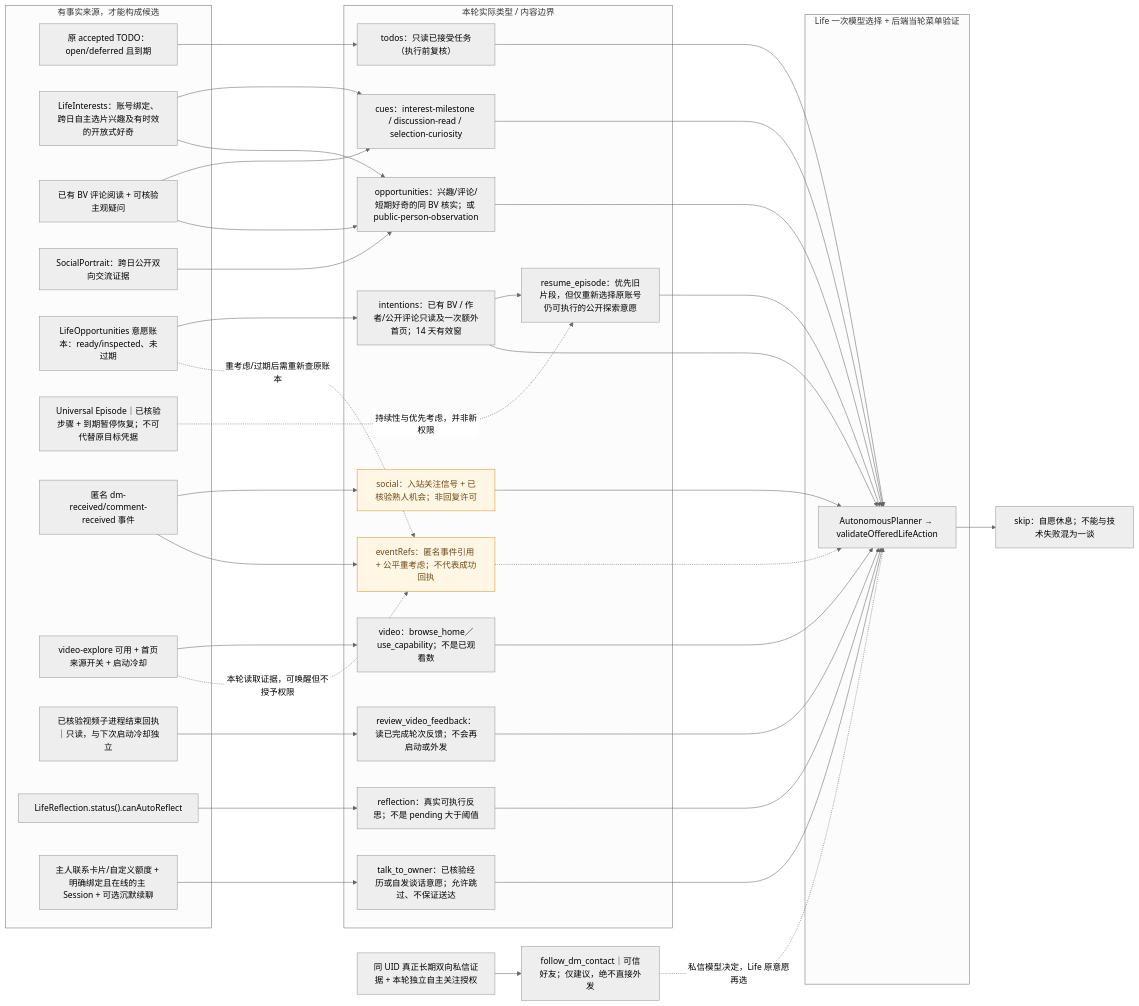
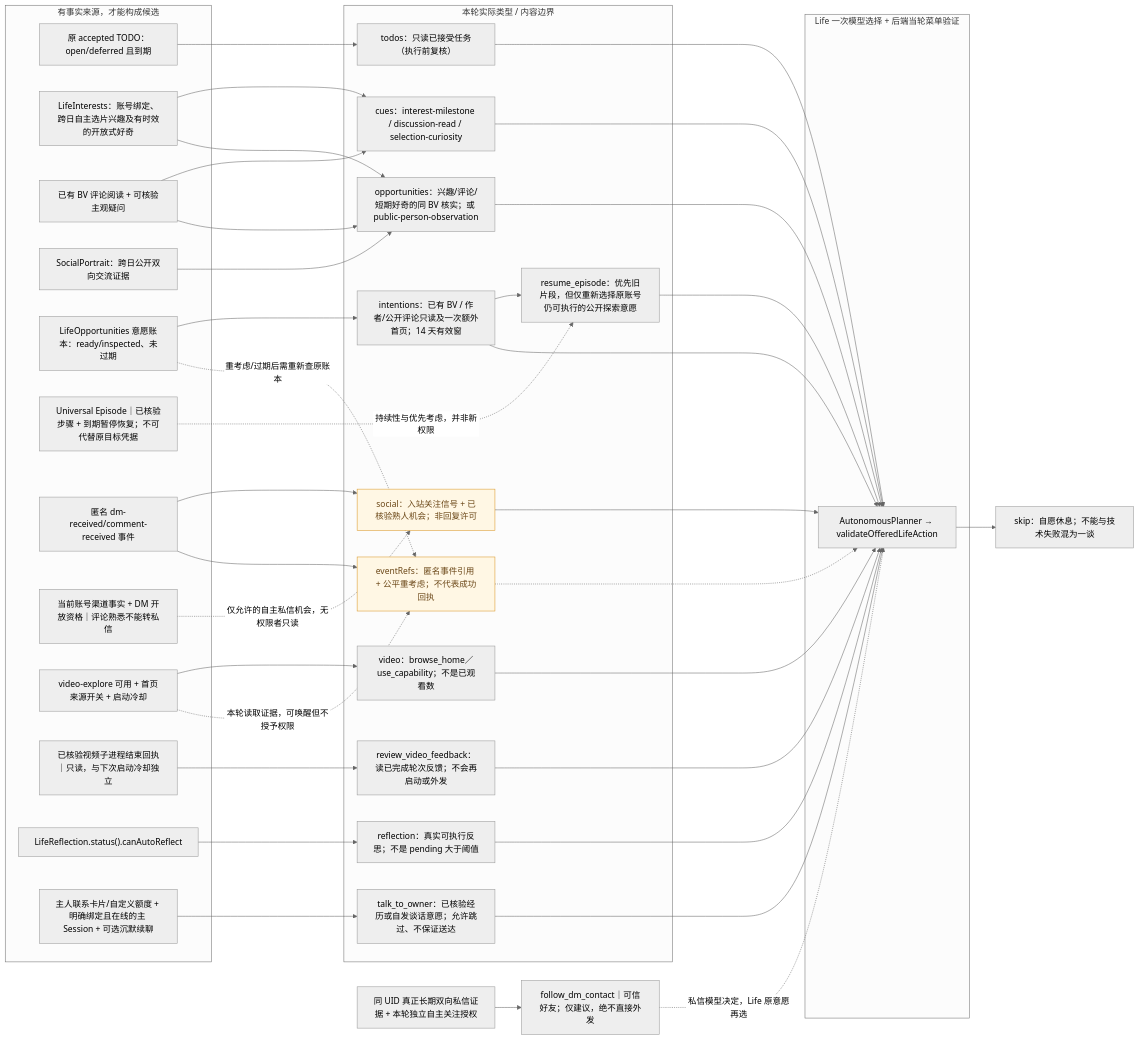
One commit to minedalang/dsh-dafeiyu-life changed the diagram in docs/architecture/diagrams/life-candidates-current.mmd. Above: the diagram before and after it, drawn with Mermaid (neutral theme). The commit also changed 26 other files, not shown here.

```diff
--- a/docs/architecture/diagrams/life-candidates-current.mmd
+++ b/docs/architecture/diagrams/life-candidates-current.mmd
@@ -1,106 +1,111 @@
+%% dev.74：关系按自然熟悉度/渠道证据/DM Openness 三维分离，只有私人关系才可能授权发起。
 %% dev.73：普通自主 Life 最短间隔不再由 2 分钟经验/片段续接绕过；真实入站社交独立快唤醒。
 %% 管理页只读并列展示线索、契机与待办；Life 已批准不等于平台送达，待回执不能标为中断。
 %% dev.71：继承 dev.70 动态核验恢复与可见 Life 额度；Life 授权证明消费/结算按 dev.71 账本契约执行。
 %% 生活候选细目字典：这是当前项目的真实 schema 类型/选择约束，不是泛化的 AI 心理推演。
 flowchart LR
   subgraph inputs["有事实来源，才能构成候选"]
     sourceTodo["原 accepted TODO：open/deferred 且到期"]
     sourceInterest["LifeInterests：账号绑定、跨日自主选片兴趣及有时效的开放式好奇"]
     sourceDiscussion["已有 BV 评论阅读 + 可核验主观疑问"]
     sourcePerson["SocialPortrait：跨日公开双向交流证据"]
     sourceLife["LifeOpportunities 意愿账本：ready/inspected、未过期"]
     episodeState["Universal Episode｜已核验步骤 + 到期暂停恢复；不可代替原目标凭据"]
     sourceSocial["匿名 dm-received/comment-received 事件"]
+    privateBound["当前账号渠道事实 + DM 开放资格｜评论熟悉不能转私信"]
     sourceVideo["video-explore 可用 + 首页来源开关 + 启动冷却"]
     sourceVideoFeedback["已核验视频子进程结束回执｜只读，与下次启动冷却独立"]
     sourceReflect["LifeReflection.status().canAutoReflect"]
     sourceOwner["主人联系卡片/自定义额度 + 明确绑定且在线的主 Session + 可选沉默续聊"]
   end
   subgraph candidates["本轮实际类型 / 内容边界"]
     todos["todos：只读已接受任务（执行前复核）"]
     cues["cues：interest-milestone / discussion-read / selection-curiosity"]
     opportunities["opportunities：兴趣/评论/短期好奇的同 BV 核实；或 public-person-observation"]
     intentions["intentions：已有 BV / 作者/公开评论只读及一次额外首页；14 天有效窗"]
     resume["resume_episode：优先旧片段，但仅重新选择原账号仍可执行的公开探索意愿"]
     social["social：入站关注信号 + 已核验熟人机会；非回复许可"]
     video["video：browse_home／use_capability；不是已观看数"]
     reviewFeedback["review_video_feedback：读已完成轮次反馈；不会再启动或外发"]
     reflection["reflection：真实可执行反思；不是 pending 大于阈值"]
     ownerChat["talk_to_owner：已核验经历或自发谈话意愿；允许跳过、不保证送达"]
     eventRefs["eventRefs：匿名事件引用 + 公平重考虑；不代表成功回执"]
   end
   sourceTodo --> todos
   sourceInterest --> cues
   sourceDiscussion --> cues
   sourceInterest --> opportunities
   sourceDiscussion --> opportunities
   sourcePerson --> opportunities
   sourceLife --> intentions
   episodeState -.->|持续性与优先考虑，并非新权限| resume
   intentions --> resume
   sourceSocial --> social
+  privateBound -.->|仅允许的自主私信机会，无权限者只读| social
   sourceVideo --> video
   sourceVideoFeedback --> reviewFeedback
   sourceReflect --> reflection
   sourceOwner --> ownerChat
   sourceSocial --> eventRefs
   sourceVideo -.->|本轮读取证据，可唤醒但不授予权限| eventRefs
   sourceLife -.->|重考虑/过期后需重新查原账本| eventRefs
   subgraph choice["Life 一次模型选择 + 后端当轮菜单验证"]
     planner["AutonomousPlanner → validateOfferedLifeAction"]
   end
   todos --> planner
   cues --> planner
   opportunities --> planner
   intentions --> planner
   resume --> planner
   social --> planner
   video --> planner
   reviewFeedback --> planner
   reflection --> planner
   ownerChat --> planner
   eventRefs -.-> planner
   rest["skip：自愿休息；不能与技术失败混为一谈"]
   planner --> rest
   classDef partial fill:#fff7e4,stroke:#d99727,color:#6b4717
   class social,eventRefs partial
 
 %% @code todos | lib/owner-todos.mjs | export const READ_TODO_TYPES
 %% @code cues | lib/life-opportunities.mjs | const explorationCues=
 %% @code opportunities | lib/life-opportunities.mjs | export function deriveDiscussionOpportunities
 %% @code intentions | lib/life-opportunities.mjs | const intentions=
 %% @code social | lib/life-agent-events.mjs | const TYPES=new Set
 %% @code video | lib/autonomous-planner.mjs | if(homeEnabled&&lifeSkills.some
 %% @code reflection | lib/life-reflection.mjs | canAutoReflect
 %% @code eventRefs | lib/life-agent-events.mjs | export const lifeEventDebugRef
 %% @code planner | lib/autonomous-planner.mjs | export function validateOfferedLifeAction
 
 %% dev.68：独立评论 Agent 不再用隐藏的陌生人模型考虑次数挡住 Life 自主交流；
 %% 这里的匿名社交提醒仍不是回复发送许可，真实评论回执和外发额度由原执行器核验。
 
 %% dev.33 maintenance: selection-curiosity from account-tagged verified selected BV only;
 %% no free-form title search, no automatic outbound approval.
 
 %% dev.35: Episode 的写入不是默认终点；需实际只读或主动休息 + 冷却后才能再写，仍无新权限。
 
 %% @code episodeState | lib/life-universal-episodes.mjs | const view=e=>
 %% @code resume | lib/autonomous-planner.mjs | action:'resume_episode'
 
 %% @code resume | lib/life-episode-entrypoints.mjs | export function prioritizeLifeContinuationCandidates
 
 %% @code reviewFeedback | lib/autonomous-planner.mjs | action:'review_video_feedback'
 
 %% dev.38：以下私信跟进动作由私信 Agent 自主提议，不能在顶层直接凭 UID 触发。
 dmHistory["同 UID 真正长期双向私信证据 + 本轮独立自主关注授权"]
 dmFollowCandidate["follow_dm_contact｜可信好友；仅建议，绝不直接外发"]
 dmHistory --> dmFollowCandidate
 dmFollowCandidate -.->|私信模型决定，Life 原意愿再选| planner
 %% @code dmHistory | lib/life-subagent-continuity.mjs | export function dmContactFollowCandidates
 %% @code dmFollowCandidate | lib/life-subagent-continuity.mjs | action:'follow_dm_contact'
 
 %% dev.42: Life-selected owner contact is opt-in and not delivery-confirmed.
 %% @code sourceOwner | lib/main-session-bridge.mjs | const ownerChatReadiness=
 %% @code ownerChat | lib/autonomous-planner.mjs | action:'talk_to_owner'
 
 %% dev.44 shared owner contact settings and silence consideration.
 %% @code sourceOwner | lib/main-session-bridge.mjs | const ownerChatReadiness=
+
+%% @code privateBound | lib/social-relationship-channels.mjs | export function evaluateDmOpenness
```
